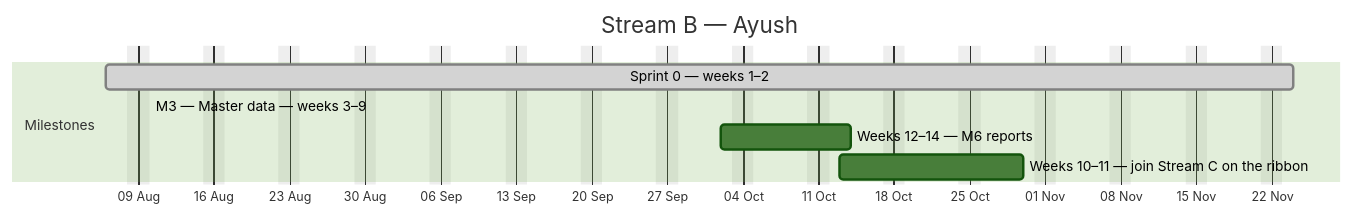
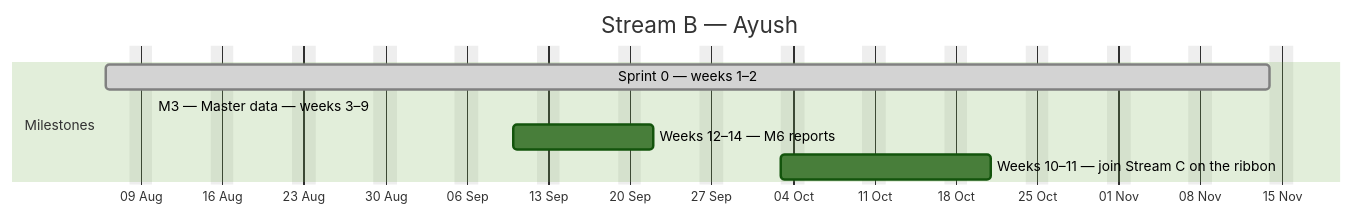
Before and after one commit to debashisedunext/EduTrack: the second of 4 diagrams in docs/plan/GANTT.md, drawn with Mermaid (forest theme). The commit also changed other lines of this file and 4 other files, not shown here.

````diff
--- a/docs/plan/GANTT.md
+++ b/docs/plan/GANTT.md
@@ -139,12 +132,12 @@
 ```mermaid
 gantt
     dateFormat YYYY-MM-DD
     axisFormat %d %b
     title Stream B — Ayush
     excludes weekends
     section Milestones
-    Sprint 0 — weeks 1–2 :done, b0, 2026-08-06, 78d
-    M3 — Master data — weeks 3–9 :active, b1, 2026-08-10, -20d
-    Weeks 12–14 — M6 reports :b2, 2026-10-02, 8d
-    Weeks 10–11 — join Stream C on the ribbon :b3, 2026-10-13, 13d
+    Sprint 0 — weeks 1–2 :done, b0, 2026-08-06, 72d
+    M3 — Master data — weeks 3–9 :active, b1, 2026-08-10, -21d
+    Weeks 12–14 — M6 reports :b2, 2026-09-10, 8d
+    Weeks 10–11 — join Stream C on the ribbon :b3, 2026-10-03, 13d
 ```
````
